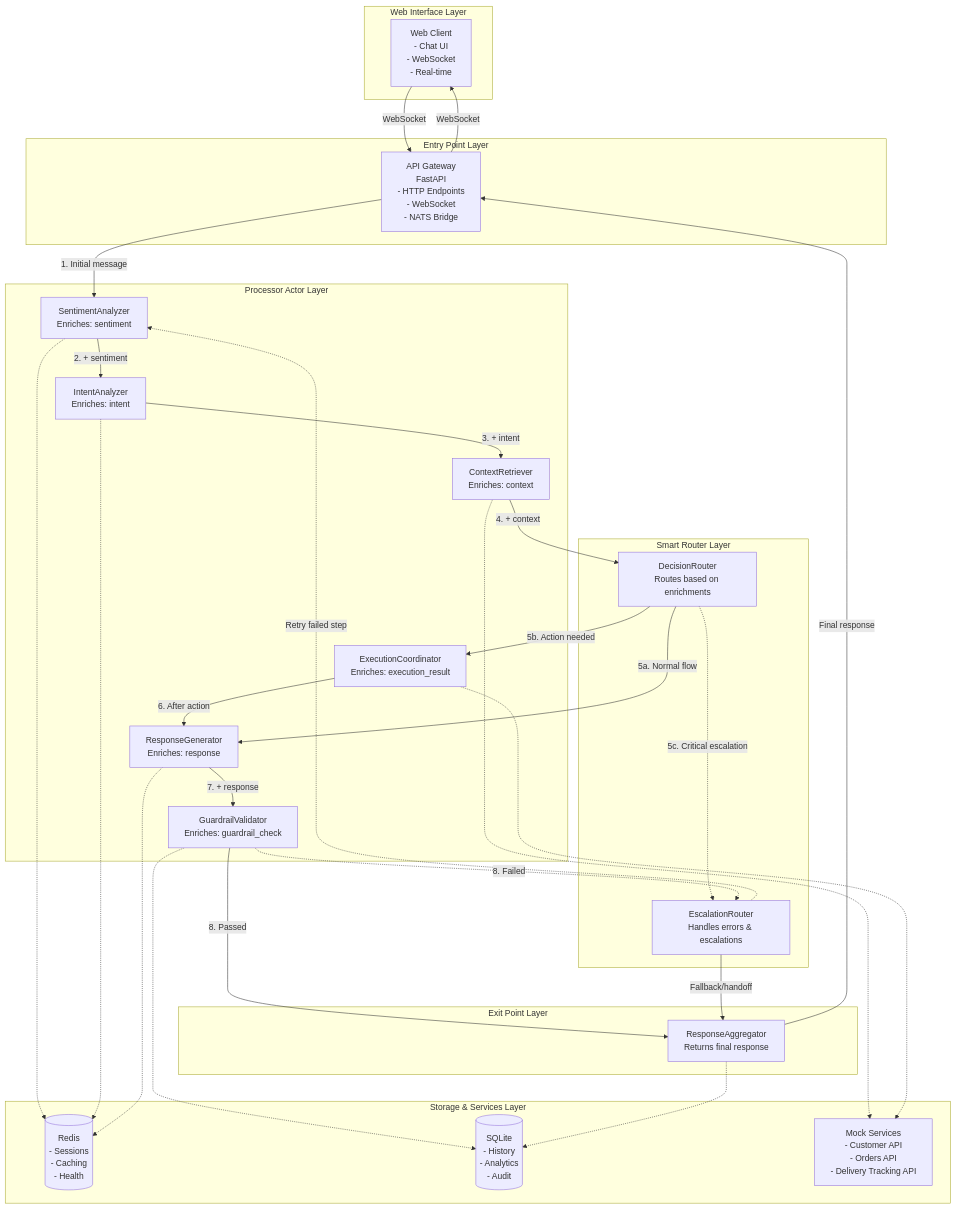
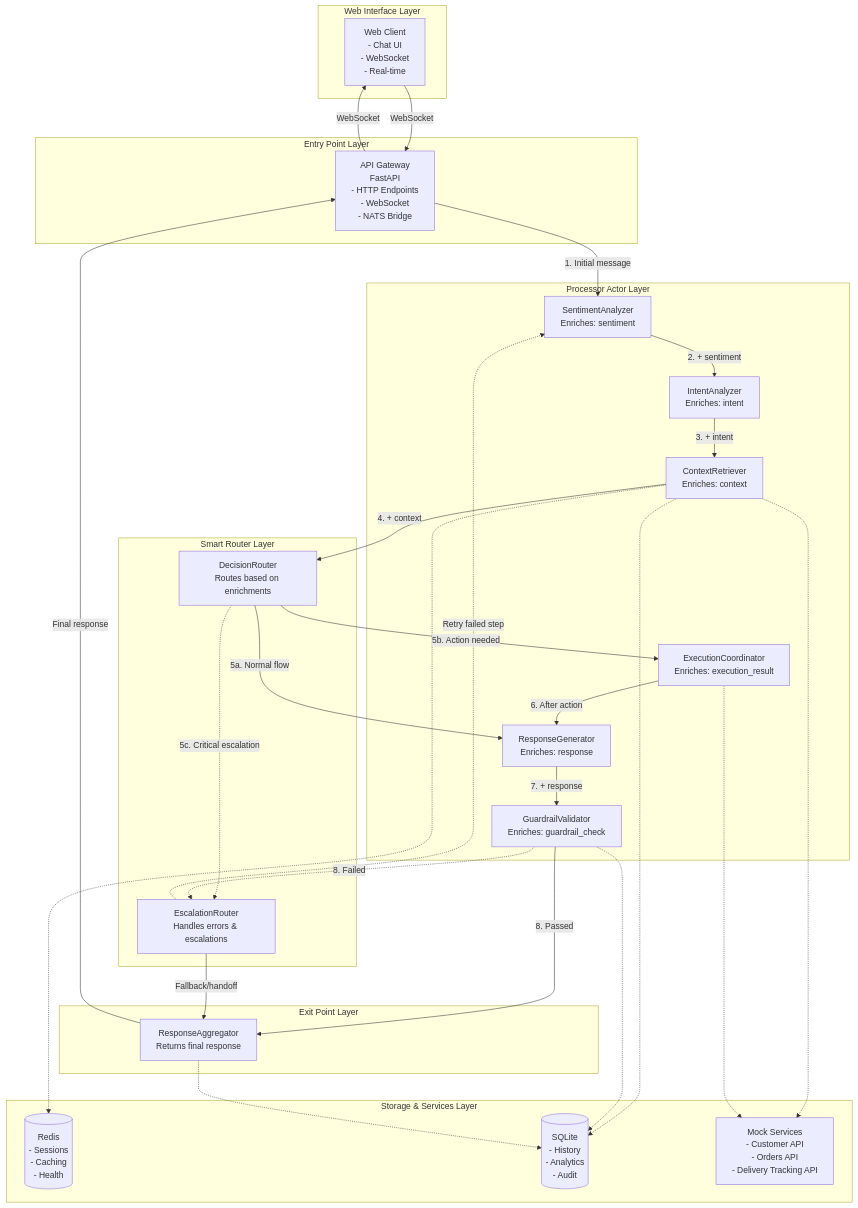
Before and after one commit to trustmaster/actor-mesh-demo: the diagram in README.md, drawn with Mermaid.

Commit message:
Fix infra connections in Readme

````diff
--- a/README.md
+++ b/README.md
@@ -21,71 +21,70 @@
 ```mermaid
 graph TB
     subgraph "Web Interface Layer"
         WebClient[Web Client<br/>- Chat UI<br/>- WebSocket<br/>- Real-time]
     end
 
     subgraph "Entry Point Layer"
         ApiGateway[API Gateway<br/>FastAPI<br/>- HTTP Endpoints<br/>- WebSocket<br/>- NATS Bridge]
     end
 
     subgraph "Processor Actor Layer"
         SentimentAnalyzer[SentimentAnalyzer<br/>Enriches: sentiment]
         IntentAnalyzer[IntentAnalyzer<br/>Enriches: intent]
         ContextRetriever[ContextRetriever<br/>Enriches: context]
         ResponseGenerator[ResponseGenerator<br/>Enriches: response]
         GuardrailValidator[GuardrailValidator<br/>Enriches: guardrail_check]
         ExecutionCoordinator[ExecutionCoordinator<br/>Enriches: execution_result]
     end
 
     subgraph "Smart Router Layer"
         DecisionRouter[DecisionRouter<br/>Routes based on enrichments]
         EscalationRouter[EscalationRouter<br/>Handles errors & escalations]
     end
 
     subgraph "Exit Point Layer"
         ResponseAggregator[ResponseAggregator<br/>Returns final response]
     end
 
     subgraph "Storage & Services Layer"
         RedisCache[(Redis<br/>- Sessions<br/>- Caching<br/>- Health)]
         SqliteDb[(SQLite<br/>- History<br/>- Analytics<br/>- Audit)]
         MockServices[Mock Services<br/>- Customer API<br/>- Orders API<br/>- Delivery Tracking API]
     end
 
     %% Main processing flow (standard route)
     WebClient -->|WebSocket| ApiGateway
     ApiGateway -->|1. Initial message| SentimentAnalyzer
     SentimentAnalyzer -->|2. + sentiment| IntentAnalyzer
     IntentAnalyzer -->|3. + intent| ContextRetriever
     ContextRetriever -->|4. + context| DecisionRouter
     
     %% Decision router routing options
     DecisionRouter -->|5a. Normal flow| ResponseGenerator
     DecisionRouter -->|5b. Action needed| ExecutionCoordinator
     DecisionRouter -.->|5c. Critical escalation| EscalationRouter
     
     %% Execution coordinator path
     ExecutionCoordinator -->|6. After action| ResponseGenerator
     
     %% Response generation path
     ResponseGenerator -->|7. + response| GuardrailValidator
     GuardrailValidator -->|8. Passed| ResponseAggregator
     GuardrailValidator -.->|8. Failed| EscalationRouter
     
     %% Escalation router paths
     EscalationRouter -->|Fallback/handoff| ResponseAggregator
     EscalationRouter -.->|Retry failed step| SentimentAnalyzer
     
     %% Response back to client
     ResponseAggregator -->|Final response| ApiGateway
     ApiGateway -->|WebSocket| WebClient
 
     %% Infrastructure connections
-    SentimentAnalyzer -.-> RedisCache
-    IntentAnalyzer -.-> RedisCache
+    ContextRetriever -.-> RedisCache
+    ContextRetriever -.-> SqliteDb
     ContextRetriever -.-> MockServices
-    ResponseGenerator -.-> RedisCache
     GuardrailValidator -.-> SqliteDb
     ExecutionCoordinator -.-> MockServices
     ResponseAggregator -.-> SqliteDb
 ```
````
